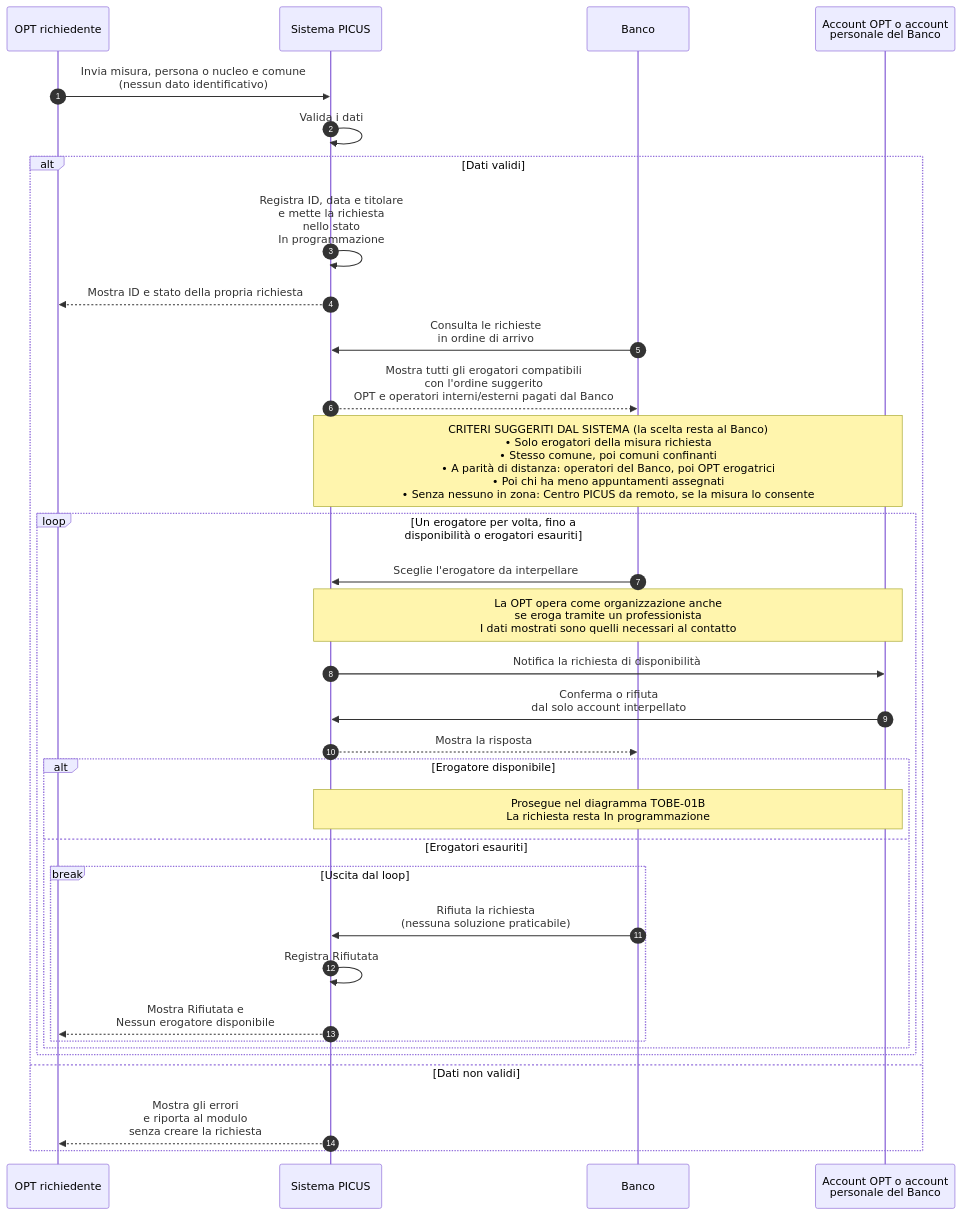
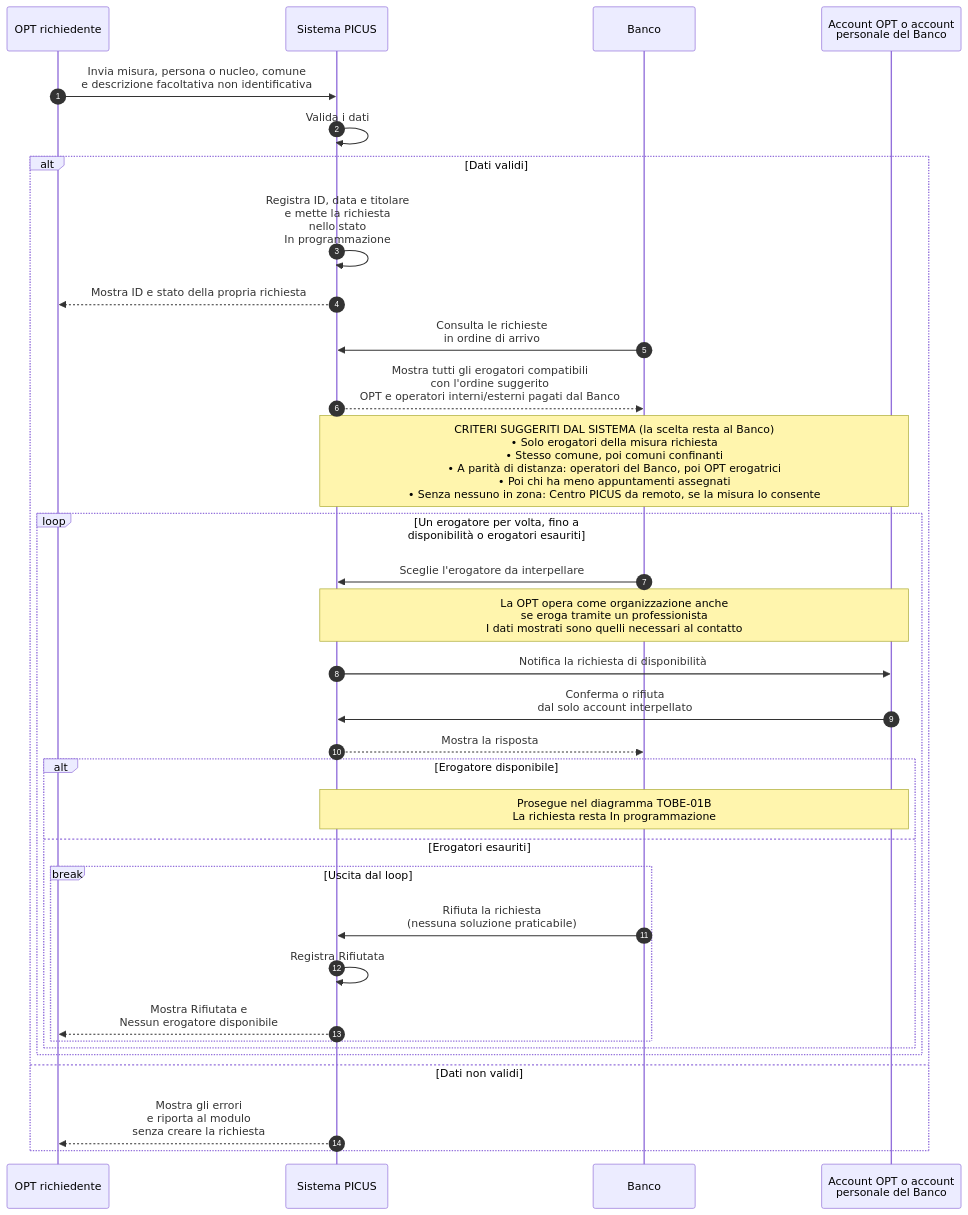
One commit to Pinguini-alla-Fragola/Progetto-SAD changed the diagram in docs/requirements/diagrams/to-be/TOBE-01A-richieste-disponibilita.mmd. Above: the diagram before and after it, drawn with Mermaid. The commit also changed 13 other files, not shown here.

```diff
--- a/docs/requirements/diagrams/to-be/TOBE-01A-richieste-disponibilita.mmd
+++ b/docs/requirements/diagrams/to-be/TOBE-01A-richieste-disponibilita.mmd
@@ -1,38 +1,38 @@
-%% TOBE-01A v0.4 - 07/11/2026
+%% TOBE-01A v0.5 - 10/11/2026
 %% Proposta del team: Epic #20. Allineato alle risposte del cliente (seconda tornata) e alle scelte del gruppo registrate il 03/11/2026.
 %% Il Banco lavora le richieste in ordine di arrivo e interpella un erogatore per volta.
 %% Il sistema puo' suggerire l'ordine degli erogatori; la scelta resta al Banco.
 sequenceDiagram
     autonumber
     participant R as OPT richiedente
     participant S as Sistema PICUS
     participant B as Banco
     participant E as Account OPT o account<br/>personale del Banco
 
-    R->>S: Invia misura, persona o nucleo e comune<br/>(nessun dato identificativo)
+    R->>S: Invia misura, persona o nucleo, comune<br/>e descrizione facoltativa non identificativa
     S->>S: Valida i dati
     alt Dati validi
         S->>S: Registra ID, data e titolare<br/>e mette la richiesta<br/>nello stato<br/>In programmazione
         S-->>R: Mostra ID e stato della propria richiesta
         B->>S: Consulta le richieste<br/>in ordine di arrivo
         S-->>B: Mostra tutti gli erogatori compatibili<br/>con l'ordine suggerito<br/>OPT e operatori interni/esterni pagati dal Banco
         Note over S,E: CRITERI SUGGERITI DAL SISTEMA (la scelta resta al Banco)<br/>• Solo erogatori della misura richiesta<br/>• Stesso comune, poi comuni confinanti<br/>• A parità di distanza: operatori del Banco, poi OPT erogatrici<br/>• Poi chi ha meno appuntamenti assegnati<br/>• Senza nessuno in zona: Centro PICUS da remoto, se la misura lo consente
         loop Un erogatore per volta, fino a<br/>disponibilità o erogatori esauriti
             B->>S: Sceglie l'erogatore da interpellare
             Note over S,E: La OPT opera come organizzazione anche<br/>se eroga tramite un professionista<br/>I dati mostrati sono quelli necessari al contatto
             S->>E: Notifica la richiesta di disponibilità
             E->>S: Conferma o rifiuta<br/>dal solo account interpellato
             S-->>B: Mostra la risposta
             alt Erogatore disponibile
                 Note over S,E: Prosegue nel diagramma TOBE-01B<br/>La richiesta resta In programmazione
             else Erogatori esauriti
                 break Uscita dal loop
                     B->>S: Rifiuta la richiesta<br/>(nessuna soluzione praticabile)
                     S->>S: Registra Rifiutata
                     S-->>R: Mostra Rifiutata e<br/>Nessun erogatore disponibile
                 end
             end
         end
     else Dati non validi
         S-->>R: Mostra gli errori<br/>e riporta al modulo<br/>senza creare la richiesta
     end
```
